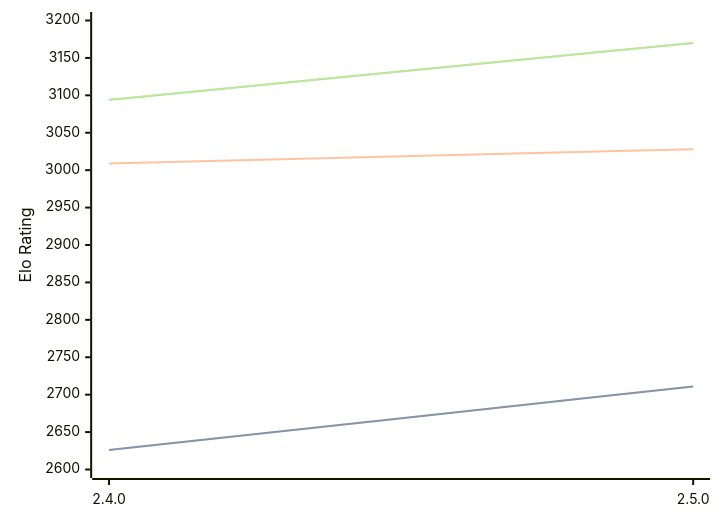
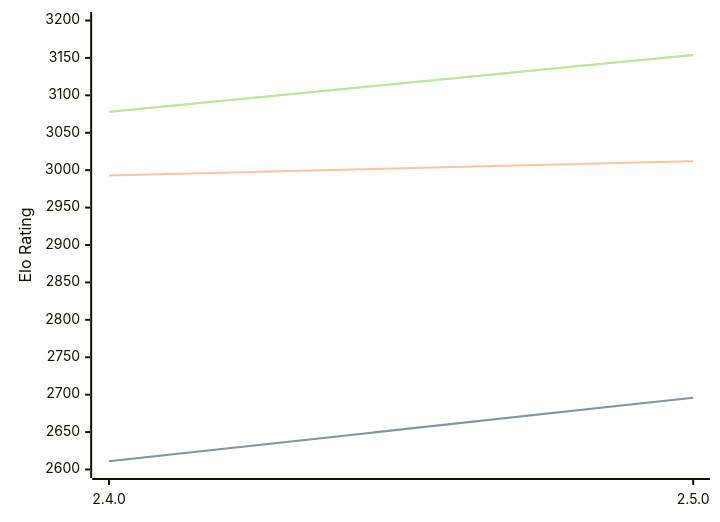
One commit to computer-chess-index/cci changed the diagram in engines/Sturddle2.md. Above: the diagram before and after it, drawn with Mermaid. The commit also changed other lines of this file, not shown here.

Commit message:
Update CCI Ratings (ELO VLTC) - 2026-05-20

````diff
--- a/engines/Sturddle2.md
+++ b/engines/Sturddle2.md
@@ -37,11 +37,11 @@
 ```mermaid
 %%{init: {"theme":"base","themeVariables":{"seriesColors:['#a3a3a3','#222221','#faa371']}}}%%
 xychart-beta
   x-axis ["2.4.0", "2.5.0"]
   y-axis "Elo Rating" 2600 --> 3200
-  line "STC (8.0+0.08s)" [2626, 2711]
-  line "STC (8.0+0.08s)" [2626, 2711]
-  line "LTC (60.0+0.60s)" [3009, 3028]
-  line "VLTC (2m24s+1.12s)" [3094, 3170]
-  line "VLTC (2m24s+1.12s)" [3094, 3170]
+  line "STC (8.0+0.08s)" [2611, 2696]
+  line "STC (8.0+0.08s)" [2611, 2696]
+  line "LTC (60.0+0.60s)" [2993, 3012]
+  line "VLTC (2m24s+1.12s)" [3078, 3154]
+  line "VLTC (2m24s+1.12s)" [3078, 3154]
 ```
````
